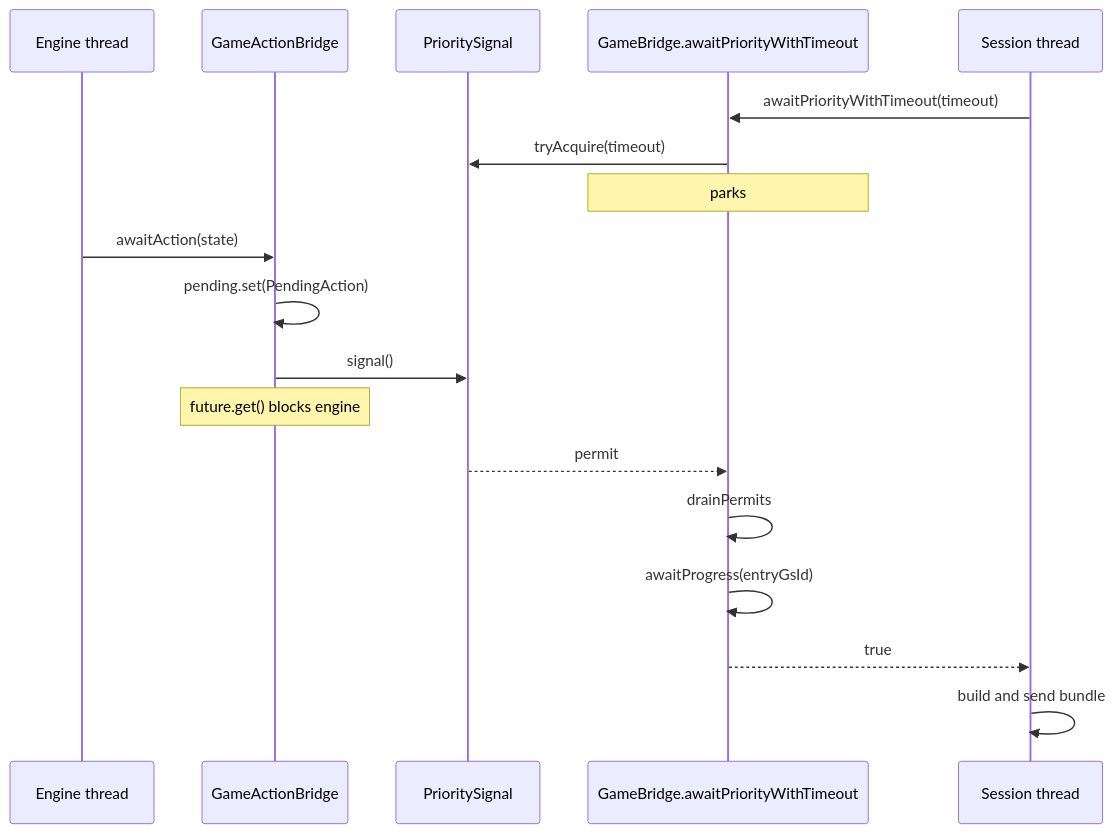
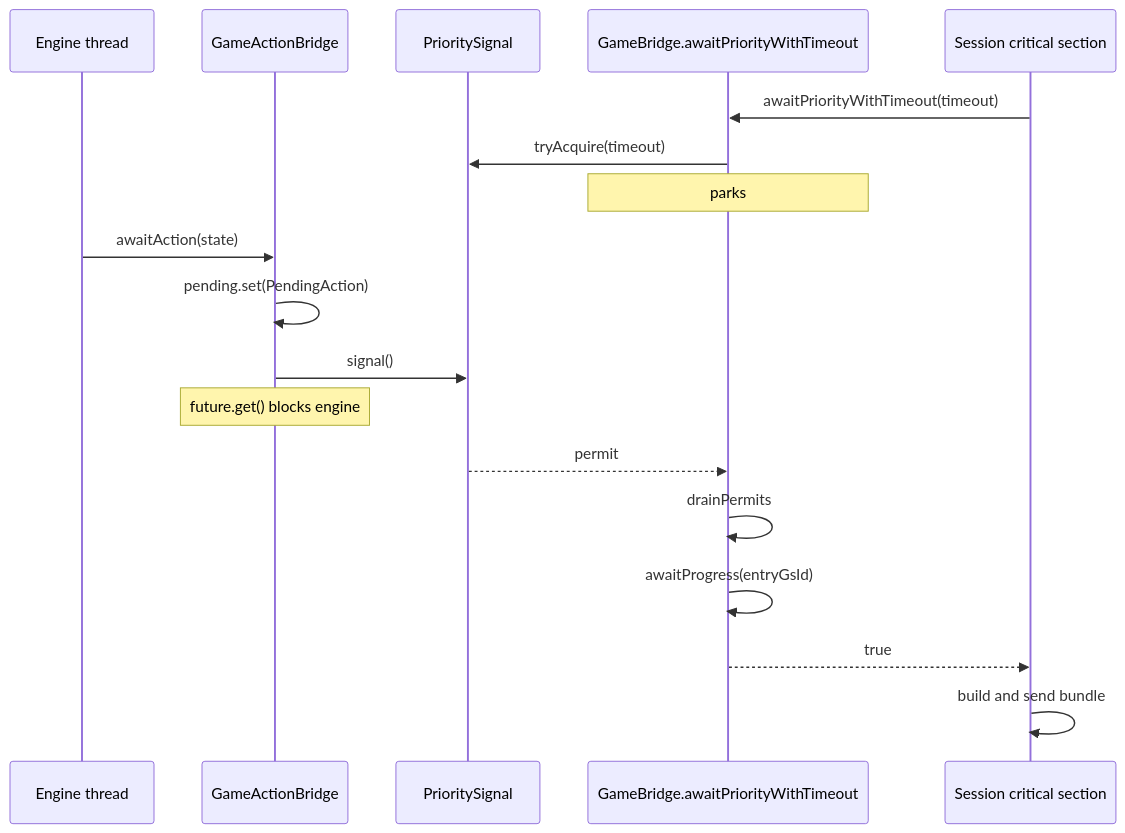
Before and after one commit to delebedev/leyline: the second of 2 diagrams in docs/bridge-threading.md, drawn with Mermaid. The commit also changed other lines of this file and 6 other files, not shown here.

First line of the commit message:
docs(architecture): define Forge runtime direction (#316)

````diff
--- a/docs/bridge-threading.md
+++ b/docs/bridge-threading.md
@@ -76,21 +90,21 @@
 ```mermaid
 sequenceDiagram
     participant ENG as Engine thread
     participant AB as GameActionBridge
     participant SIG as PrioritySignal
     participant GB as GameBridge.awaitPriorityWithTimeout
-    participant SESS as Session thread
+    participant SESS as Session critical section
 
     SESS->>GB: awaitPriorityWithTimeout(timeout)
     GB->>SIG: tryAcquire(timeout)
     Note over GB: parks
     ENG->>AB: awaitAction(state)
     AB->>AB: pending.set(PendingAction)
     AB->>SIG: signal()
     Note over AB: future.get() blocks engine
     SIG-->>GB: permit
     GB->>GB: drainPermits
     GB->>GB: awaitProgress(entryGsId)
     GB-->>SESS: true
     SESS->>SESS: build and send bundle
 ```
````
